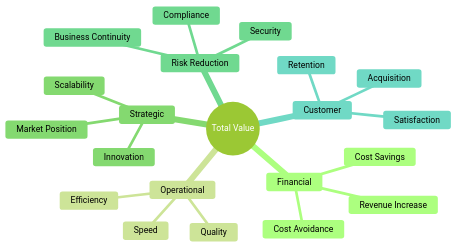
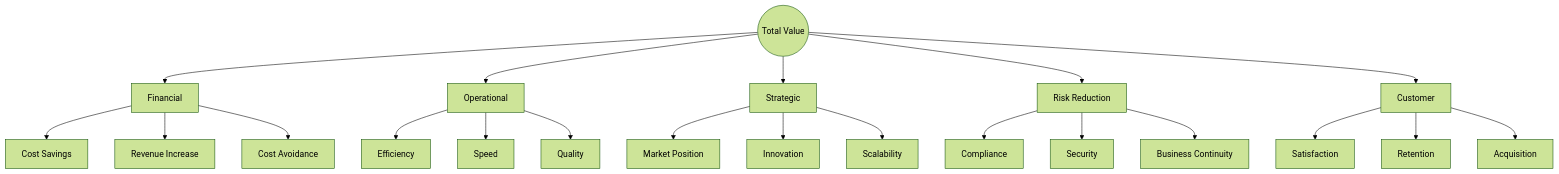
One commit to oat431/swe-knowledge changed the first of 3 diagrams in document-template/01_Business_Analysis_and_strategy/Potential-Value.md. Above: the diagram before and after it, drawn with Mermaid (forest theme). The commit also changed 56 other files, not shown here.

````diff
--- a/document-template/01_Business_Analysis_and_strategy/Potential-Value.md
+++ b/document-template/01_Business_Analysis_and_strategy/Potential-Value.md
@@ -93,24 +93,44 @@
 ```mermaid
-mindmap
-  root((Total Value))
-    Financial
-      Cost Savings
-      Revenue Increase
-      Cost Avoidance
-    Operational
-      Efficiency
-      Speed
-      Quality
-    Strategic
-      Market Position
-      Innovation
-      Scalability
-    Risk Reduction
-      Compliance
-      Security
-      Business Continuity
-    Customer
-      Satisfaction
-      Retention
-      Acquisition
+flowchart TB
+    R(("Total Value"))
+    n1["Financial"]
+    R --> n1
+    n2["Cost Savings"]
+    n1 --> n2
+    n3["Revenue Increase"]
+    n1 --> n3
+    n4["Cost Avoidance"]
+    n1 --> n4
+    n5["Operational"]
+    R --> n5
+    n6["Efficiency"]
+    n5 --> n6
+    n7["Speed"]
+    n5 --> n7
+    n8["Quality"]
+    n5 --> n8
+    n9["Strategic"]
+    R --> n9
+    n10["Market Position"]
+    n9 --> n10
+    n11["Innovation"]
+    n9 --> n11
+    n12["Scalability"]
+    n9 --> n12
+    n13["Risk Reduction"]
+    R --> n13
+    n14["Compliance"]
+    n13 --> n14
+    n15["Security"]
+    n13 --> n15
+    n16["Business Continuity"]
+    n13 --> n16
+    n17["Customer"]
+    R --> n17
+    n18["Satisfaction"]
+    n17 --> n18
+    n19["Retention"]
+    n17 --> n19
+    n20["Acquisition"]
+    n17 --> n20
 ```
````
